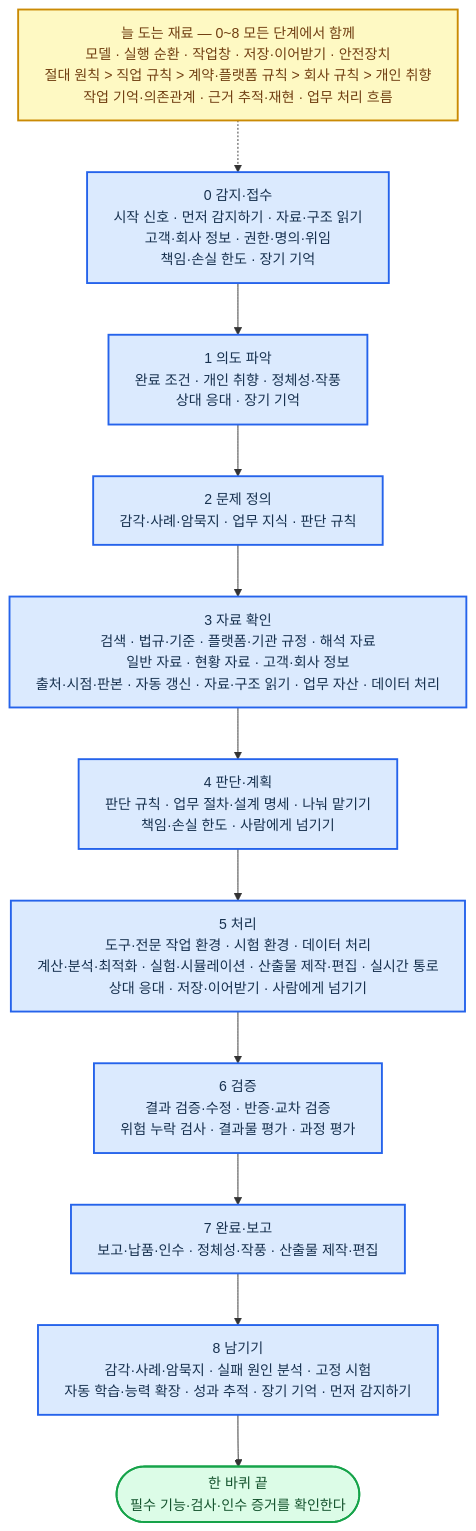
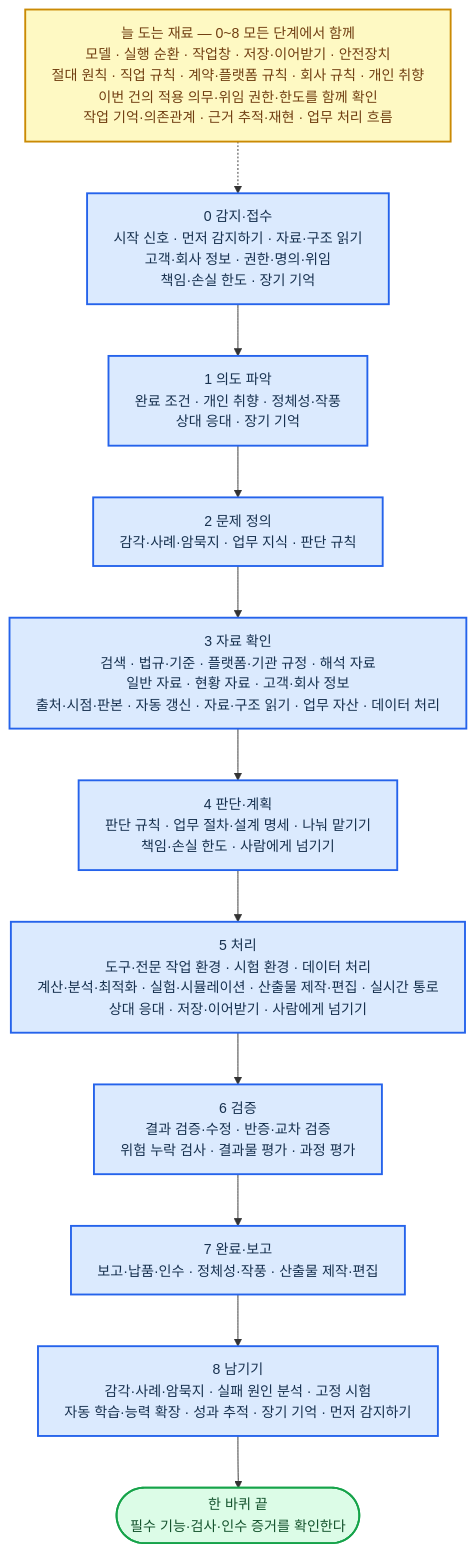
One commit to harisbaguette/expert changed diagram 35 of 43 in 전문가 에이전트 정의 2.md. Above: the diagram before and after it, drawn with Mermaid. The commit also changed other lines of this file and 41 other files, not shown here.

````diff
--- a/전문가 에이전트 정의 2.md
+++ b/전문가 에이전트 정의 2.md
@@ -3707,23 +3796,23 @@
 ```mermaid
 %%{init: {"flowchart": {"wrappingWidth": 640, "curve": "basis", "nodeSpacing": 45, "rankSpacing": 55, "padding": 14, "useMaxWidth": true}, "themeVariables": {"fontSize": "15px"}} }%%
 flowchart TB
-    A["늘 도는 재료 — 0~8 모든 단계에서 함께<br/>모델 · 실행 순환 · 작업창 · 저장·이어받기 · 안전장치<br/>절대 원칙 &gt; 직업 규칙 &gt; 계약·플랫폼 규칙 &gt; 회사 규칙 &gt; 개인 취향<br/>작업 기억·의존관계 · 근거 추적·재현 · 업무 처리 흐름"]:::note
+    A["늘 도는 재료 — 0~8 모든 단계에서 함께<br/>모델 · 실행 순환 · 작업창 · 저장·이어받기 · 안전장치<br/>절대 원칙 · 직업 규칙 · 계약·플랫폼 규칙 · 회사 규칙 · 개인 취향<br/>이번 건의 적용 의무·위임 권한·한도를 함께 확인<br/>작업 기억·의존관계 · 근거 추적·재현 · 업무 처리 흐름"]:::note
     S0["0 감지·접수<br/>시작 신호 · 먼저 감지하기 · 자료·구조 읽기<br/>고객·회사 정보 · 권한·명의·위임<br/>책임·손실 한도 · 장기 기억"]:::main
     S1["1 의도 파악<br/>완료 조건 · 개인 취향 · 정체성·작풍<br/>상대 응대 · 장기 기억"]:::main
     S2["2 문제 정의<br/>감각·사례·암묵지 · 업무 지식 · 판단 규칙"]:::main
     S3["3 자료 확인<br/>검색 · 법규·기준 · 플랫폼·기관 규정 · 해석 자료<br/>일반 자료 · 현황 자료 · 고객·회사 정보<br/>출처·시점·판본 · 자동 갱신 · 자료·구조 읽기 · 업무 자산 · 데이터 처리"]:::main
     S4["4 판단·계획<br/>판단 규칙 · 업무 절차·설계 명세 · 나눠 맡기기<br/>책임·손실 한도 · 사람에게 넘기기"]:::main
     S5["5 처리<br/>도구·전문 작업 환경 · 시험 환경 · 데이터 처리<br/>계산·분석·최적화 · 실험·시뮬레이션 · 산출물 제작·편집 · 실시간 통로<br/>상대 응대 · 저장·이어받기 · 사람에게 넘기기"]:::main
     S6["6 검증<br/>결과 검증·수정 · 반증·교차 검증<br/>위험 누락 검사 · 결과물 평가 · 과정 평가"]:::main
     S7["7 완료·보고<br/>보고·납품·인수 · 정체성·작풍 · 산출물 제작·편집"]:::main
     S8["8 남기기<br/>감각·사례·암묵지 · 실패 원인 분석 · 고정 시험<br/>자동 학습·능력 확장 · 성과 추적 · 장기 기억 · 먼저 감지하기"]:::main
     E(["한 바퀴 끝<br/>필수 기능·검사·인수 증거를 확인한다"]):::good
     A -.-> S0
     S0 --> S1 --> S2 --> S3 --> S4 --> S5 --> S6 --> S7 --> S8 --> E
     classDef main fill:#dbeafe,stroke:#2563eb,stroke-width:2px,color:#17314f
     classDef stop fill:#fee2e2,stroke:#dc2626,stroke-width:2px,color:#7f1d1d
     classDef back fill:#ffedd5,stroke:#ea580c,stroke-width:2px,color:#7c2d12
     classDef store fill:#e5e7eb,stroke:#6b7280,stroke-width:2px,color:#1f2937
     classDef good fill:#dcfce7,stroke:#16a34a,stroke-width:2px,color:#14532d
     classDef note fill:#fef9c3,stroke:#ca8a04,stroke-width:2px,color:#713f12
 ```
````
